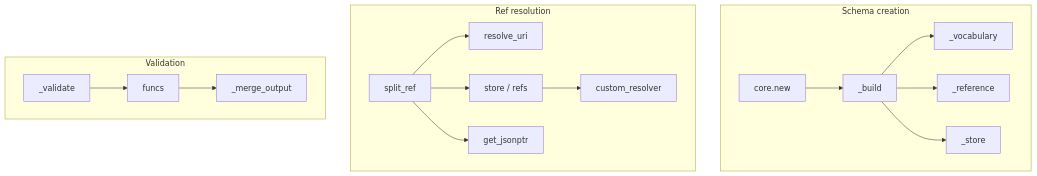
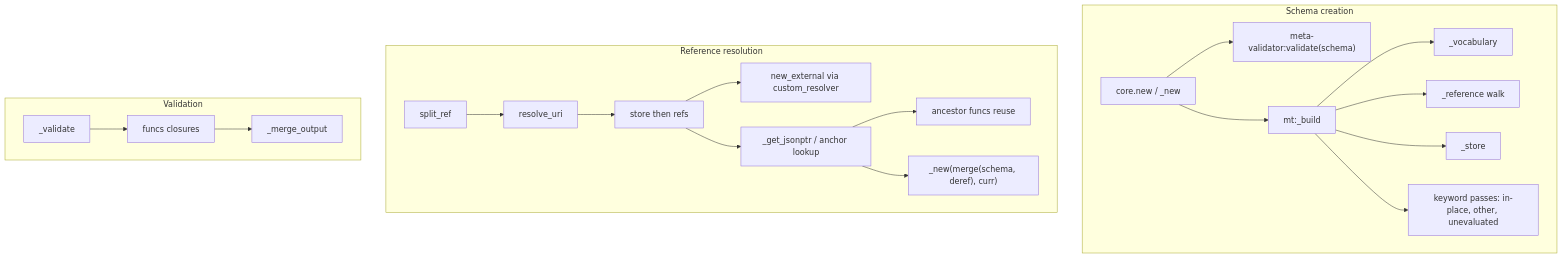
The second of 2 diagrams in research/reports/lua/fperrad-lua-schema.md (goddtriffin/json-schema-rs), drawn with Mermaid before and after one commit. The commit also changed other lines of this file and 51 other files, not shown here.

````diff
--- a/research/reports/lua/fperrad-lua-schema.md
+++ b/research/reports/lua/fperrad-lua-schema.md
@@ -119,32 +124,40 @@
 ```mermaid
 flowchart TB
   subgraph create [Schema creation]
-    New[core.new]
-    Build[_build]
-    Vocabulary[_vocabulary]
-    RefCollect[_reference]
-    Store[_store]
+    New["core.new / _new"]
+    MetaV["meta-validator:validate(schema)"]
+    Build["mt:_build"]
+    Vocab["_vocabulary"]
+    RefCollect["_reference walk"]
+    StoreReg["_store"]
+    KwPasses["keyword passes: in-place, other, unevaluated"]
+    New --> MetaV
     New --> Build
-    Build --> Vocabulary
+    Build --> Vocab
     Build --> RefCollect
-    Build --> Store
+    Build --> StoreReg
+    Build --> KwPasses
   end
-  subgraph ref [Ref resolution]
-    SplitRef[split_ref]
-    ResolveUri[resolve_uri]
-    StoreLookup[store / refs]
-    GetJsonptr[get_jsonptr]
-    CustomResolver[custom_resolver]
+  subgraph ref [Reference resolution]
+    SplitRef["split_ref"]
+    ResolveUri["resolve_uri"]
+    StoreLookup["store then refs"]
+    External["new_external via custom_resolver"]
+    Pointer["_get_jsonptr / anchor lookup"]
+    Cycle["ancestor funcs reuse"]
+    Recompile["_new(merge(schema, deref), curr)"]
     SplitRef --> ResolveUri
-    SplitRef --> StoreLookup
-    SplitRef --> GetJsonptr
-    StoreLookup --> CustomResolver
+    ResolveUri --> StoreLookup
+    StoreLookup --> External
+    StoreLookup --> Pointer
+    Pointer --> Cycle
+    Pointer --> Recompile
   end
   subgraph validate [Validation]
-    Validate[_validate]
-    Funcs[funcs]
-    MergeOutput[_merge_output]
+    Validate["_validate"]
+    Funcs["funcs closures"]
+    MergeOutput["_merge_output"]
     Validate --> Funcs
     Funcs --> MergeOutput
   end
 ```
````
